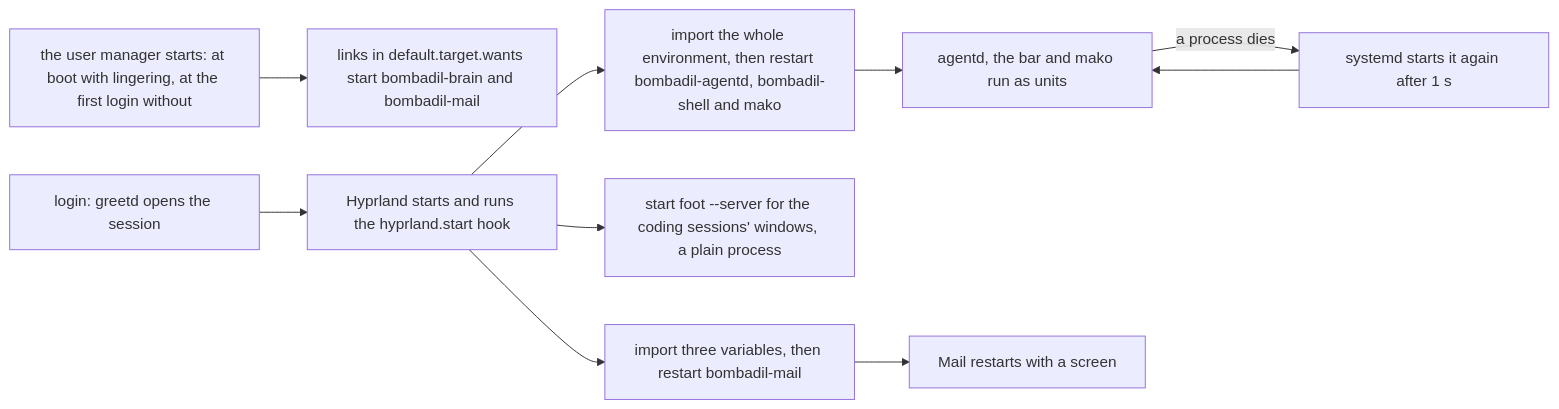
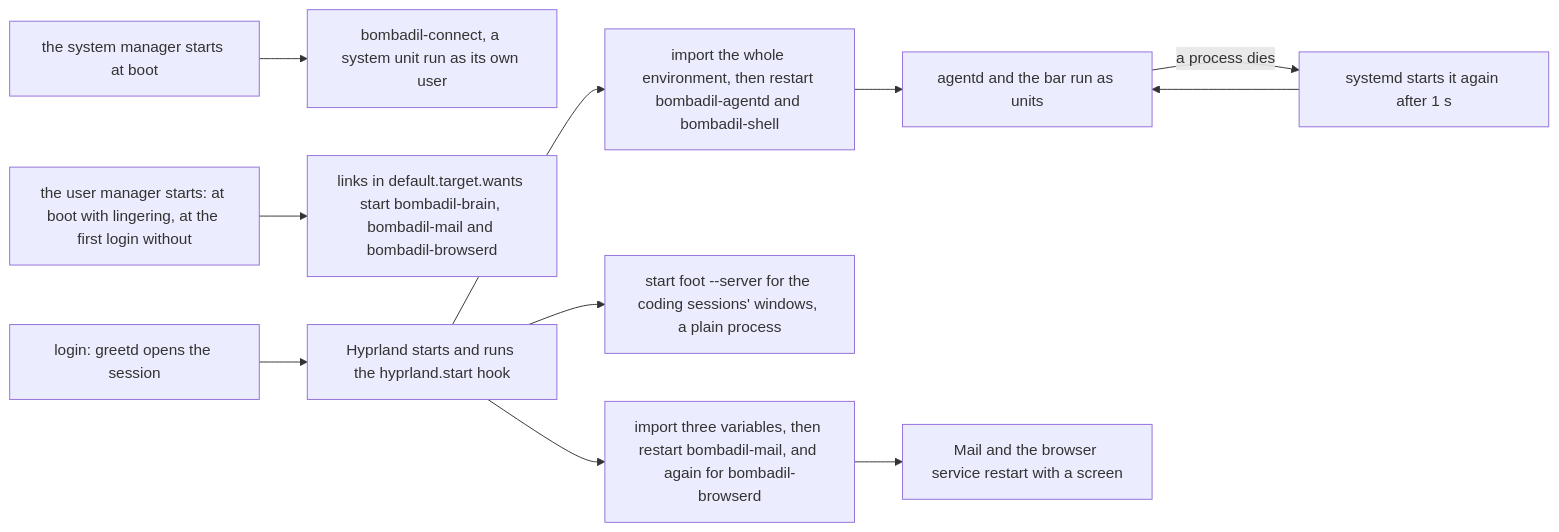
The first of 2 diagrams in docs/architecture/session-services.md (thedefaultman/Bombadil), drawn with Mermaid before and after one commit. The commit also changed other lines of this file and 10 other files, not shown here.

First line of the commit message:
docs: messages and connections page, its contract page checked, and the pages for the agent daemon, shell, cards, mail, session services and browser updated (work in progress)

````diff
--- a/docs/architecture/session-services.md
+++ b/docs/architecture/session-services.md
@@ -18,12 +18,13 @@
 ```mermaid
 flowchart LR
-    MANAGER["the user manager starts: at boot with lingering, at the first login without"] --> LINKS["links in default.target.wants start bombadil-brain and bombadil-mail"]
+    SYSTEM["the system manager starts at boot"] --> CONNECT["bombadil-connect, a system unit run as its own user"]
+    MANAGER["the user manager starts: at boot with lingering, at the first login without"] --> LINKS["links in default.target.wants start bombadil-brain, bombadil-mail and bombadil-browserd"]
     LOGIN["login: greetd opens the session"] --> HYPR["Hyprland starts and runs the hyprland.start hook"]
-    HYPR --> ONE["import the whole environment, then restart bombadil-agentd, bombadil-shell and mako"]
+    HYPR --> ONE["import the whole environment, then restart bombadil-agentd and bombadil-shell"]
     HYPR --> FOOT["start foot --server for the coding sessions' windows, a plain process"]
-    HYPR --> TWO["import three variables, then restart bombadil-mail"]
-    ONE --> RUN["agentd, the bar and mako run as units"]
-    TWO --> MAIL["Mail restarts with a screen"]
+    HYPR --> TWO["import three variables, then restart bombadil-mail, and again for bombadil-browserd"]
+    ONE --> RUN["agentd and the bar run as units"]
+    TWO --> MAIL["Mail and the browser service restart with a screen"]
     RUN -->|"a process dies"| AGAIN["systemd starts it again after 1 s"]
     AGAIN --> RUN
 ```
````
